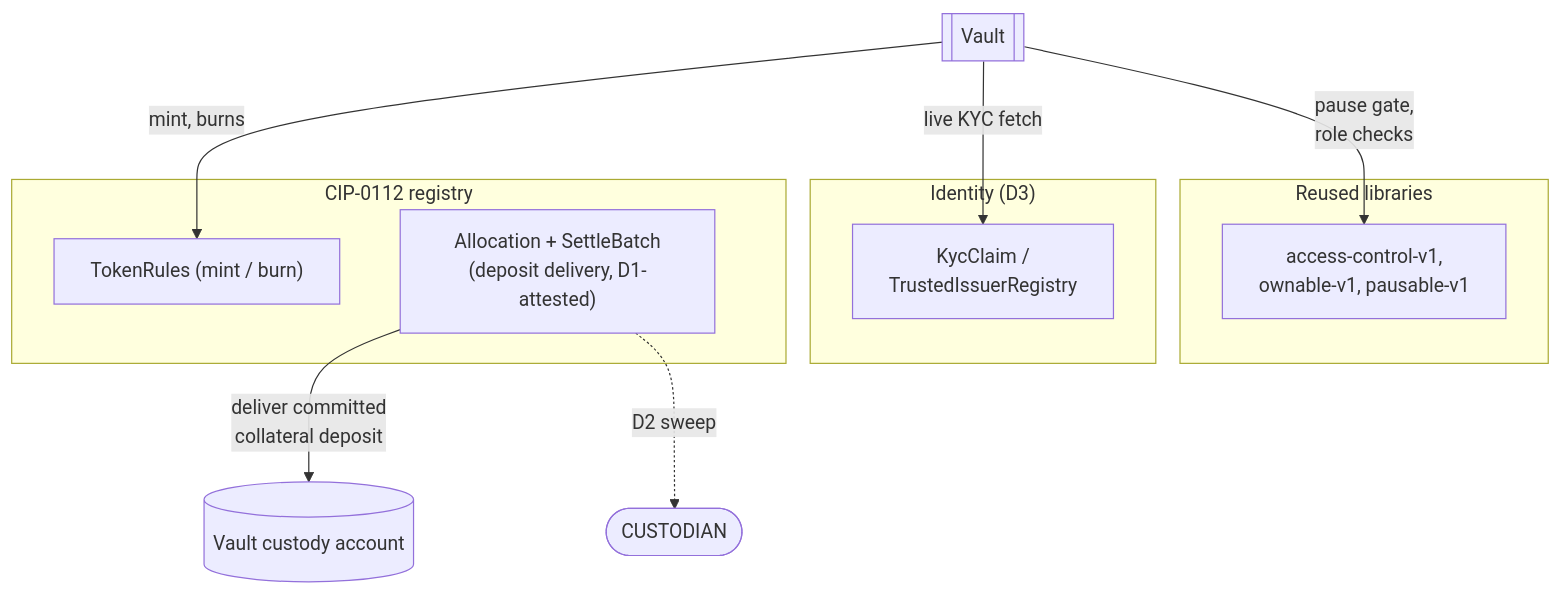
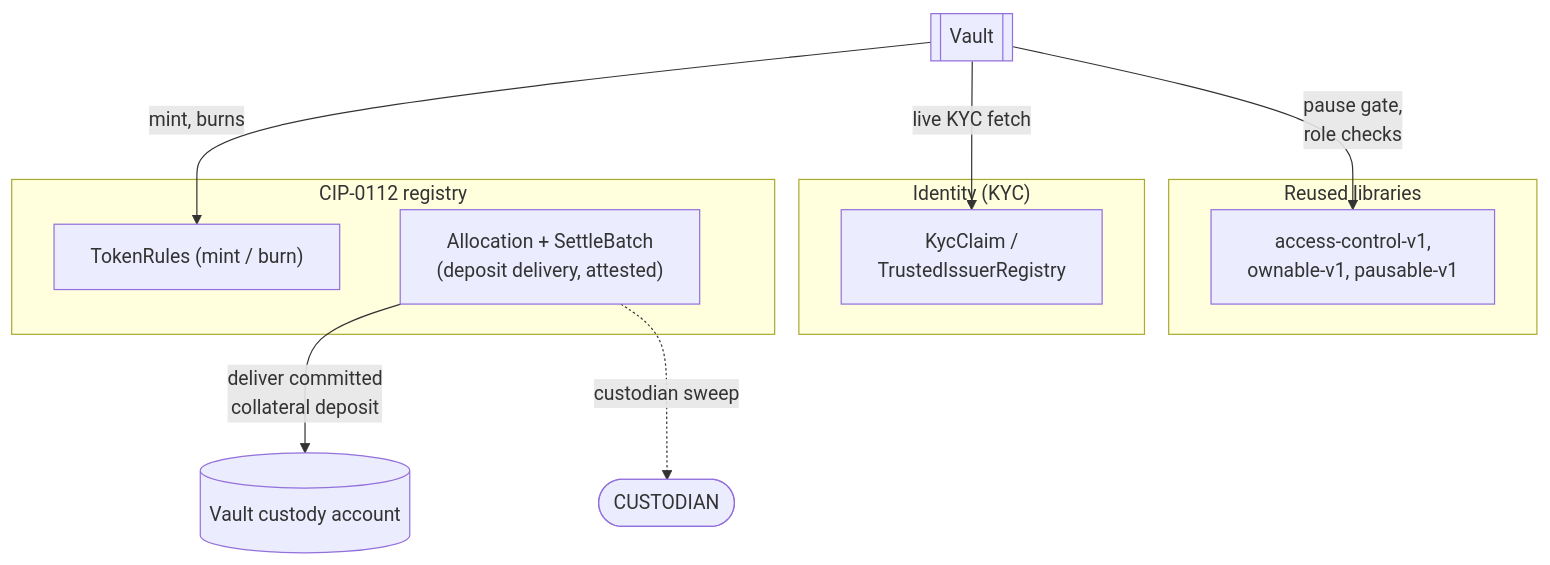
The second of 7 diagrams in docs/reference-architectures/lending.md (OpenZeppelin/canton-specs), drawn with Mermaid before and after one commit. The commit also changed other lines of this file, not shown here.

````diff
--- a/docs/reference-architectures/lending.md
+++ b/docs/reference-architectures/lending.md
@@ -152,25 +154,25 @@
 ```mermaid
 flowchart TB
     Vault[["Vault"]]
     Custody[("Vault custody account")]
     Custodian([CUSTODIAN])
 
     subgraph Libraries["Reused libraries"]
         Gov["access-control-v1,<br/>ownable-v1, pausable-v1"]
     end
 
-    subgraph Identity["Identity (D3)"]
+    subgraph Identity["Identity (KYC)"]
         Kyc["KycClaim /<br/>TrustedIssuerRegistry"]
     end
 
     subgraph Rail["CIP-0112 registry"]
         Rules["TokenRules (mint / burn)"]
-        Settle["Allocation + SettleBatch<br/>(deposit delivery, D1-attested)"]
+        Settle["Allocation + SettleBatch<br/>(deposit delivery, attested)"]
     end
 
     Vault -->|"pause gate,<br/>role checks"| Gov
     Vault -->|"live KYC fetch"| Kyc
     Vault -->|"mint, burns"| Rules
     Settle -->|"deliver committed<br/>collateral deposit"| Custody
-    Settle -.->|"D2 sweep"| Custodian
+    Settle -.->|"custodian sweep"| Custodian
 ```
````
